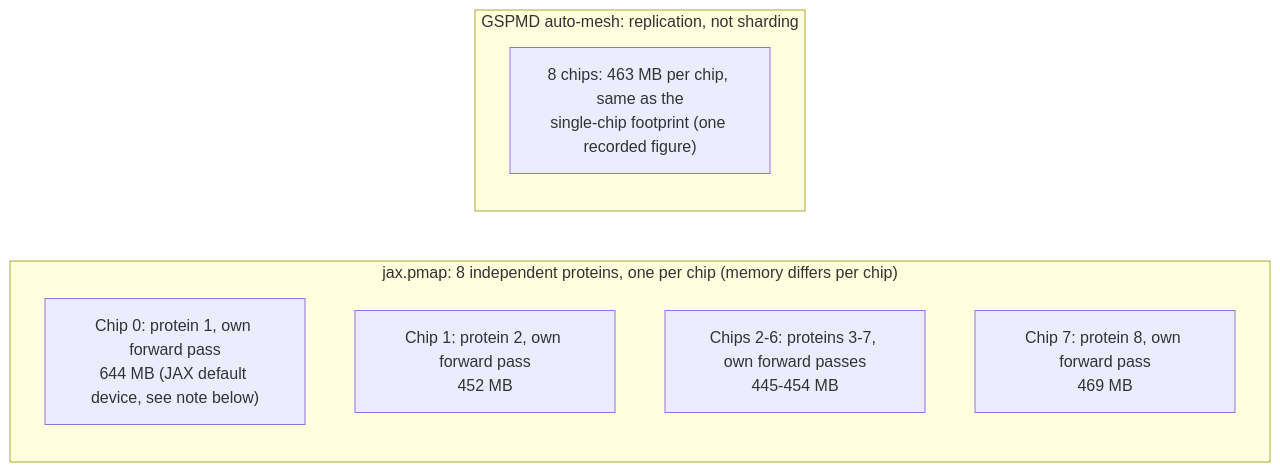
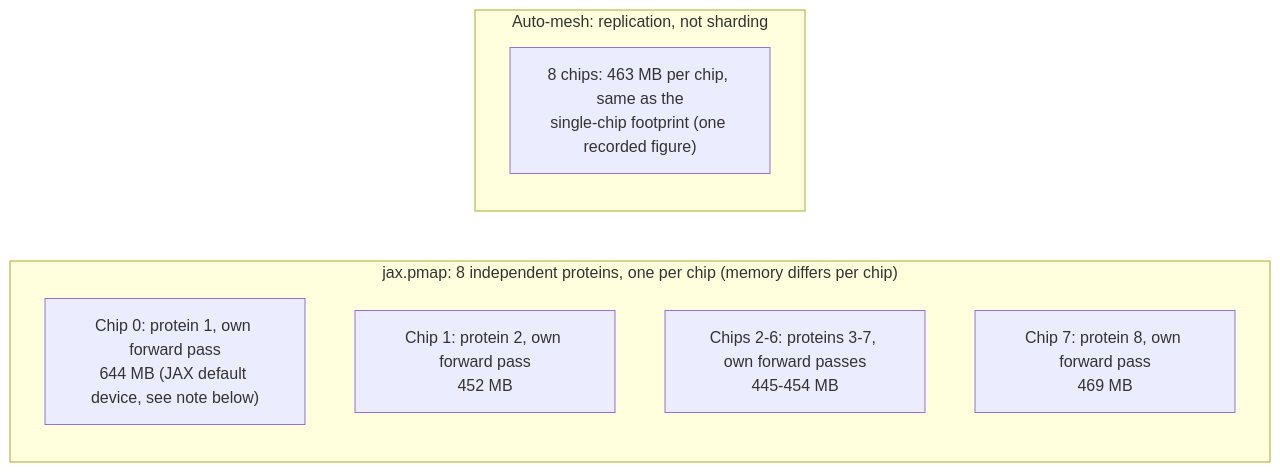
One commit to lorenzopazienza/alphafold-tpu-benchmark changed the diagram in results/sweep/sharding.md. Above: the diagram before and after it, drawn with Mermaid. The commit also changed other lines of this file and 11 other files, not shown here.

````diff
--- a/results/sweep/sharding.md
+++ b/results/sweep/sharding.md
@@ -8,14 +8,14 @@
 ```mermaid
 flowchart LR
     subgraph PM["jax.pmap: 8 independent proteins, one per chip (memory differs per chip)"]
         direction TB
         P0["Chip 0: protein 1, own forward pass<br/>644 MB (JAX default device, see note below)"]
         P1["Chip 1: protein 2, own forward pass<br/>452 MB"]
         Pd["Chips 2-6: proteins 3-7, own forward passes<br/>445-454 MB"]
         P7["Chip 7: protein 8, own forward pass<br/>469 MB"]
     end
-    subgraph GS["GSPMD auto-mesh: replication, not sharding"]
+    subgraph GS["Auto-mesh: replication, not sharding"]
         direction TB
         G0["8 chips: 463 MB per chip, same as the<br/>single-chip footprint (one recorded figure)"]
     end
 ```
````
